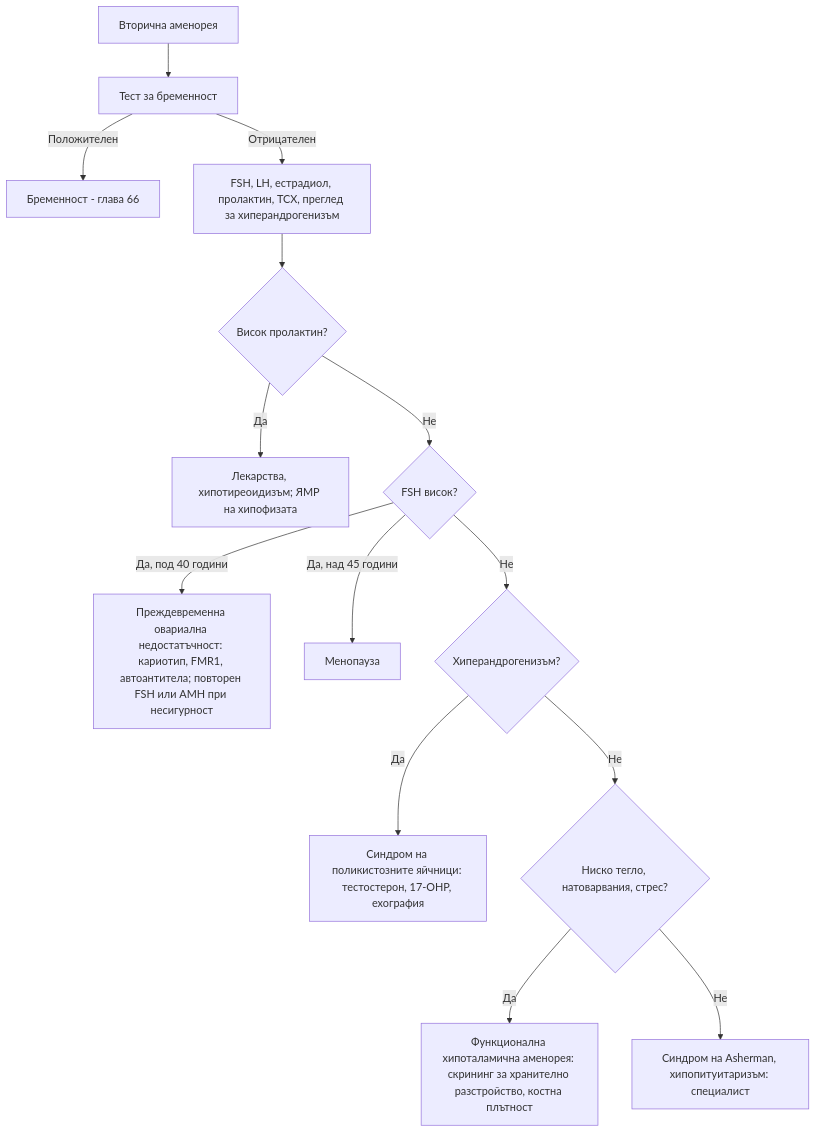
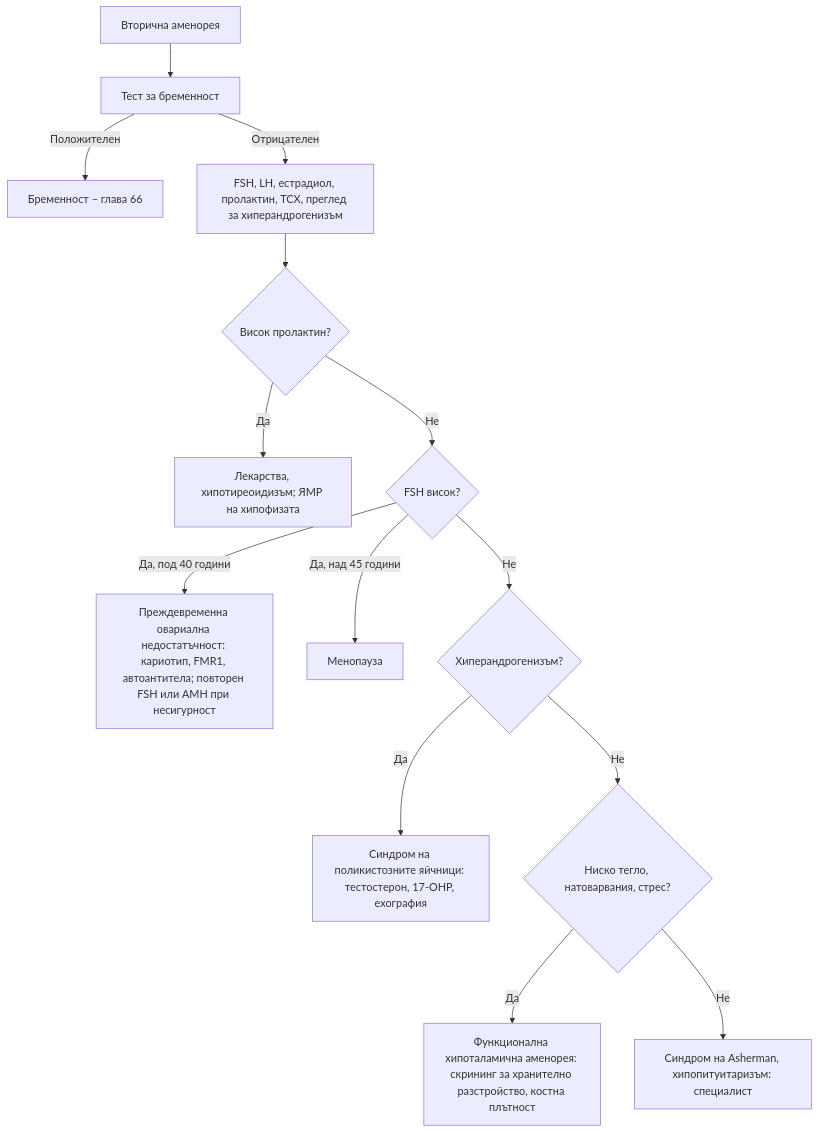
One commit to yancho26/yancho changed the diagram in glavi/63-menstrualni-narushenia.md. Above: the diagram before and after it, drawn with Mermaid. The commit also changed other lines of this file and 90 other files, not shown here.

````diff
--- a/glavi/63-menstrualni-narushenia.md
+++ b/glavi/63-menstrualni-narushenia.md
@@ -165,18 +165,18 @@
 ```mermaid
 flowchart TD
     accTitle: Диагностичен алгоритъм при вторична аменорея
     accDescr: Блок-схема. Начало: Вторична аменорея. Въпроси: Висок пролактин? · FSH висок? · Хиперандрогенизъм? · Ниско тегло, натоварвания, стрес? Пълното текстово описание е под схемата.
     A["Вторична аменорея"] --> B["Тест за бременност"]
-    B -->|Положителен| C["Бременност - глава 66"]
+    B -->|Положителен| C["Бременност – глава 66"]
     B -->|Отрицателен| D["FSH, LH, естрадиол, пролактин, ТСХ, преглед за хиперандрогенизъм"]
     D --> E{"Висок пролактин?"}
     E -->|Да| F["Лекарства, хипотиреоидизъм; ЯМР на хипофизата"]
     E -->|Не| G{"FSH висок?"}
     G -->|Да, под 40 години| H["Преждевременна овариална недостатъчност: кариотип, FMR1, автоантитела; повторен FSH или AMH при несигурност"]
     G -->|Да, над 45 години| I["Менопауза"]
     G -->|Не| J{"Хиперандрогенизъм?"}
     J -->|Да| K["Синдром на поликистозните яйчници: тестостерон, 17-OHP, ехография"]
     J -->|Не| L{"Ниско тегло, натоварвания, стрес?"}
     L -->|Да| M["Функционална хипоталамична аменорея: скрининг за хранително разстройство, костна плътност"]
     L -->|Не| N["Синдром на Asherman, хипопитуитаризъм: специалист"]
 ```
````
